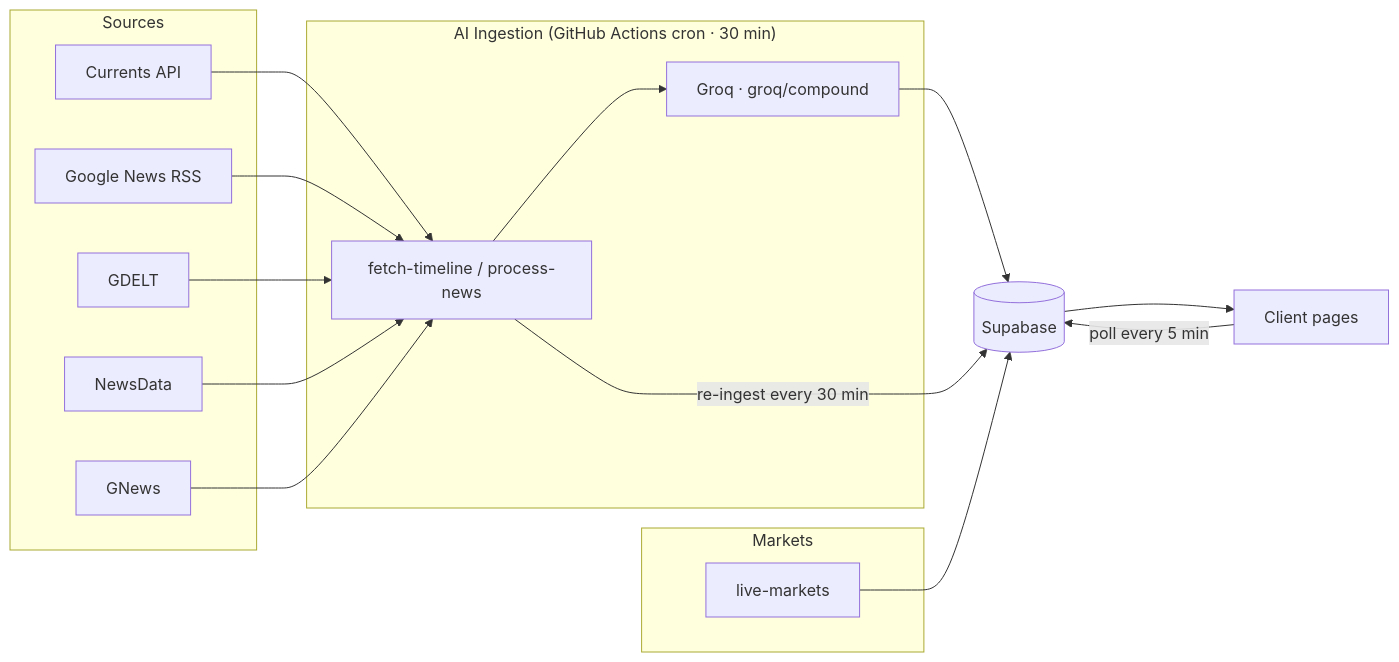
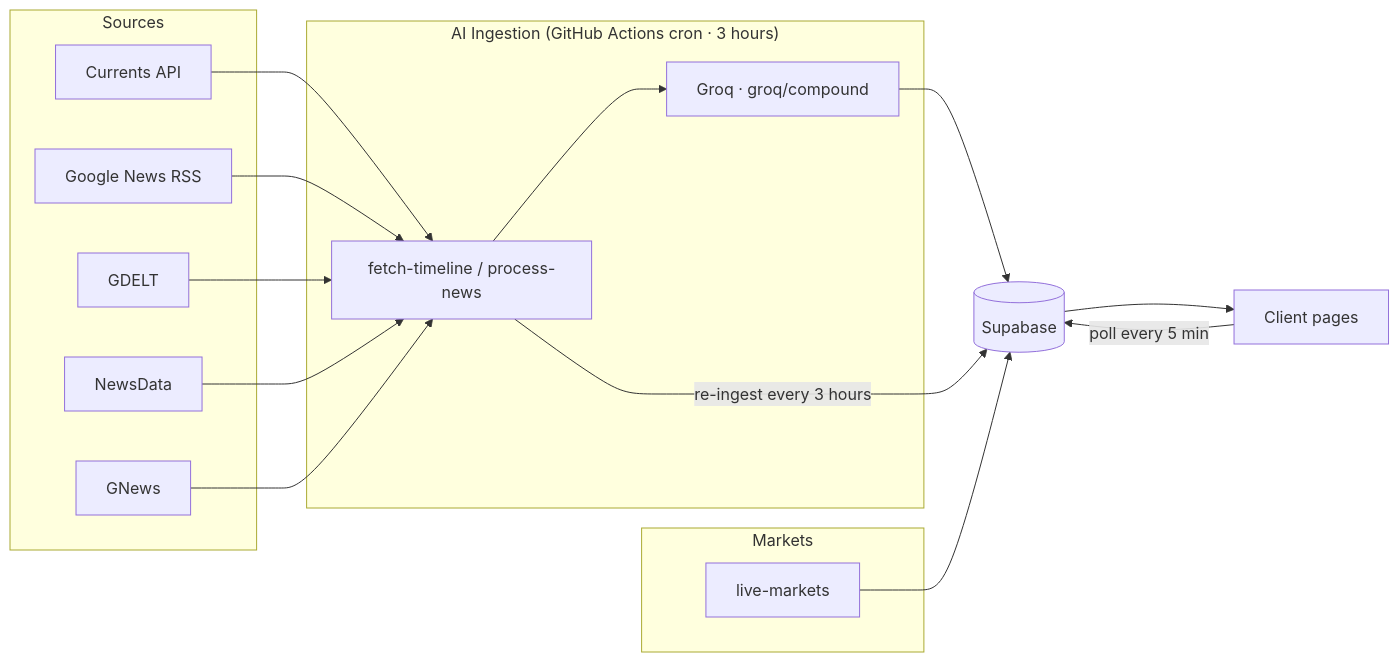
One commit to conflictsee-arch/conflictsee changed the diagram in README.md. Above: the diagram before and after it, drawn with Mermaid. The commit also changed other lines of this file and 4 other files, not shown here.

Commit message:
chore: slow cron to every 3 hours (fits Groq 250 RPD × 4 keys budget)

````diff
--- a/README.md
+++ b/README.md
@@ -26,28 +26,28 @@
 ```mermaid
 flowchart LR
     subgraph Sources
         A[Currents API]
         B[Google News RSS]
         C[GDELT]
         D[NewsData]
         E[GNews]
     end
 
-    subgraph Ingestion["AI Ingestion (GitHub Actions cron · 30 min)"]
+    subgraph Ingestion["AI Ingestion (GitHub Actions cron · 3 hours)"]
         F[fetch-timeline / process-news]
         G[Groq · groq/compound]
     end
 
     H[(Supabase)]
     I[Client pages]
 
     A & B & C & D & E --> F --> G --> H
     H --> I
     I -- "poll every 5 min" --> H
-    F -- "re-ingest every 30 min" --> H
+    F -- "re-ingest every 3 hours" --> H
 
     subgraph Markets
         J[live-markets]
     end
     J --> H
 ```
````
